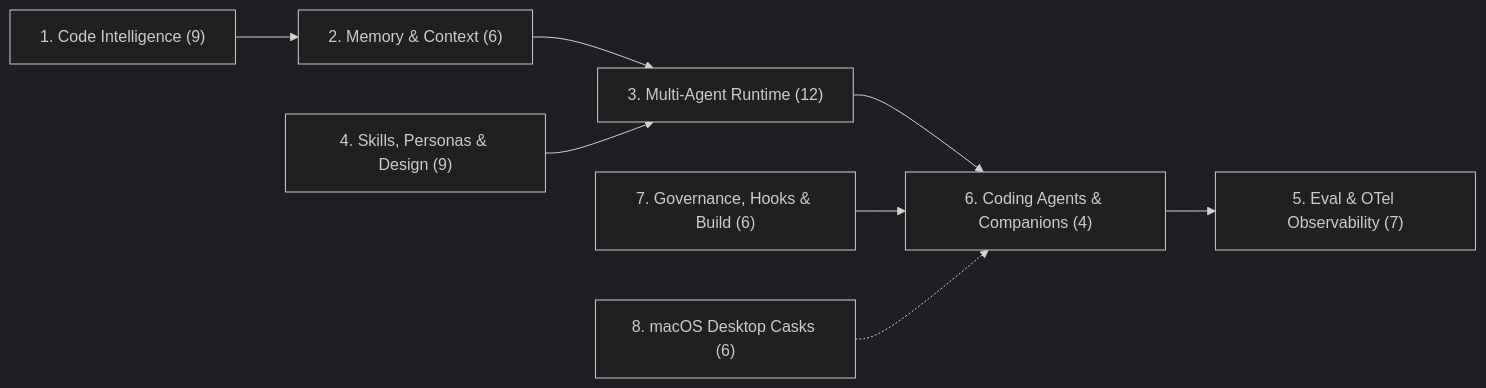
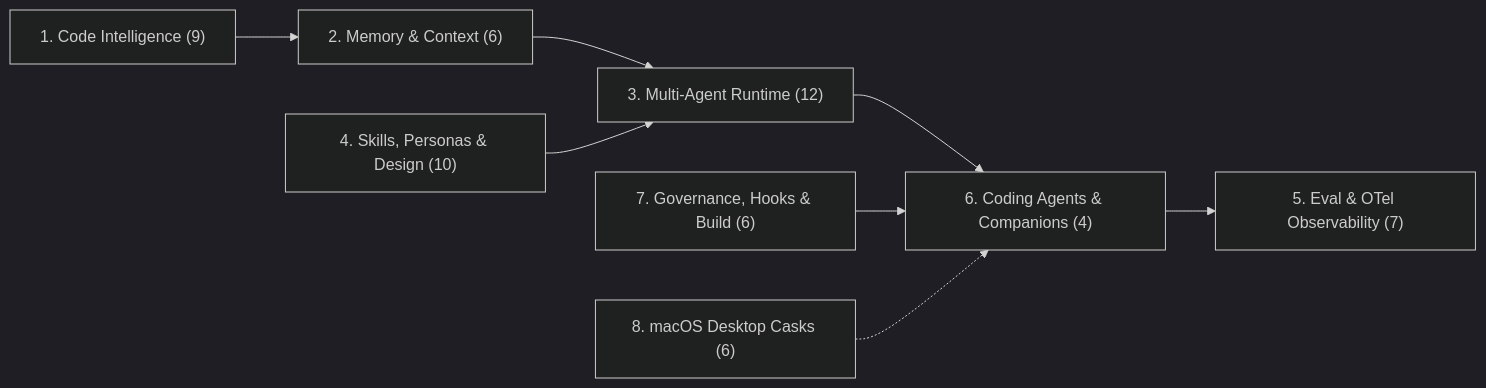
One commit to artagon/homebrew-aitools changed the first of 2 diagrams in README.md. Above: the diagram before and after it, drawn with Mermaid (dark theme). The commit also changed other lines of this file and 20 other files, not shown here.

````diff
--- a/README.md
+++ b/README.md
@@ -83,10 +84,10 @@
 ```mermaid
 flowchart LR
   D1["1. Code Intelligence (9)"] --> D2["2. Memory & Context (6)"]
   D2 --> D3["3. Multi-Agent Runtime (12)"]
-  D4["4. Skills, Personas & Design (9)"] --> D3
+  D4["4. Skills, Personas & Design (10)"] --> D3
   D3 --> D6["6. Coding Agents & Companions (4)"]
   D7["7. Governance, Hooks & Build (6)"] --> D6
   D6 --> D5["5. Eval & OTel Observability (7)"]
   D8["8. macOS Desktop Casks (6)"] -.-> D6
 ```
````
